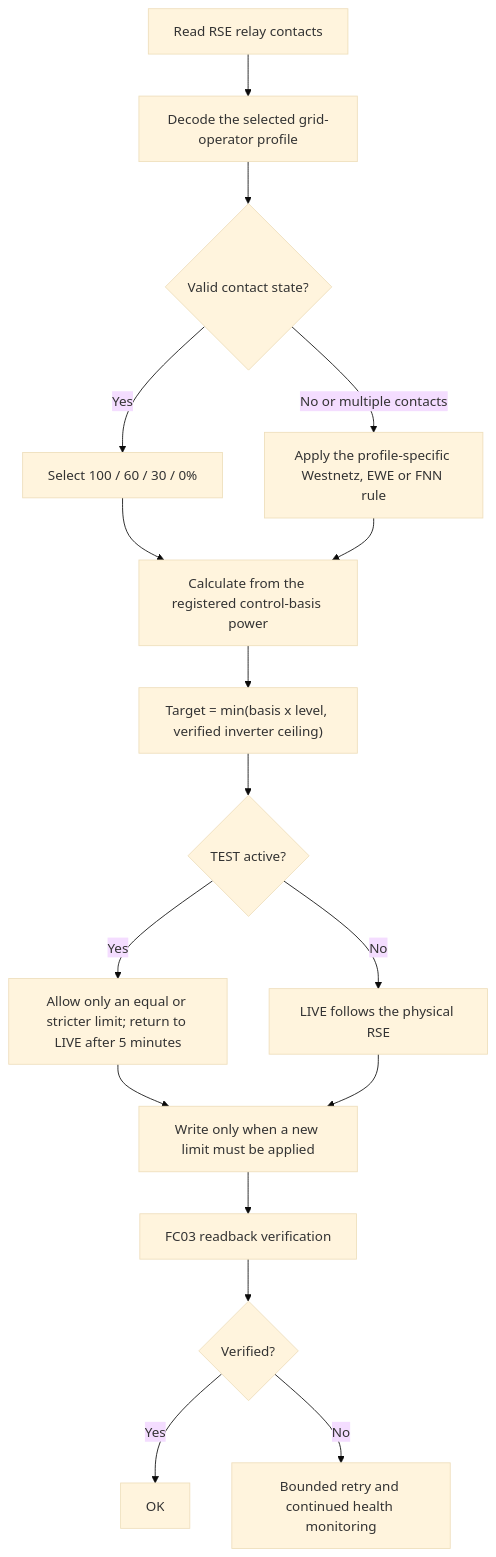
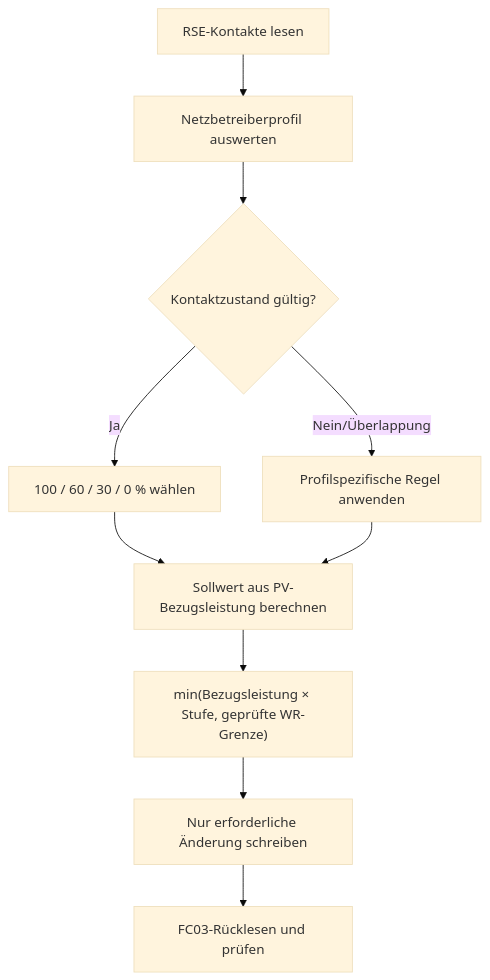
The diagram in README.md (tatsuo25103/14a-bridge), drawn with Mermaid (base theme) before and after one commit. The commit also changed other lines of this file and 21 other files, not shown here.

````diff
--- a/README.md
+++ b/README.md
@@ -26,19 +129,12 @@
 ```mermaid
 flowchart TD
-    A["Read RSE relay contacts"] --> B["Decode the selected grid-operator profile"]
-    B --> C{"Valid contact state?"}
-    C -- "Yes" --> D["Select 100 / 60 / 30 / 0%"]
-    C -- "No or multiple contacts" --> E["Apply the profile-specific Westnetz, EWE or FNN rule"]
-    D --> F["Calculate from the registered control-basis power"]
+    A["RSE-Kontakte lesen"] --> B["Netzbetreiberprofil auswerten"]
+    B --> C{"Kontaktzustand gültig?"}
+    C -- "Ja" --> D["100 / 60 / 30 / 0 % wählen"]
+    C -- "Nein/Überlappung" --> E["Profilspezifische Regel anwenden"]
+    D --> F["Sollwert aus PV-Bezugsleistung berechnen"]
     E --> F
-    F --> G["Target = min(basis x level, verified inverter ceiling)"]
-    G --> H{"TEST active?"}
-    H -- "Yes" --> I["Allow only an equal or stricter limit; return to LIVE after 5 minutes"]
-    H -- "No" --> J["LIVE follows the physical RSE"]
-    I --> K["Write only when a new limit must be applied"]
-    J --> K
-    K --> L["FC03 readback verification"]
-    L --> M{"Verified?"}
-    M -- "Yes" --> N["OK"]
-    M -- "No" --> O["Bounded retry and continued health monitoring"]
+    F --> G["min(Bezugsleistung × Stufe, geprüfte WR-Grenze)"]
+    G --> H["Nur erforderliche Änderung schreiben"]
+    H --> I["FC03-Rücklesen und prüfen"]
 ```
````
